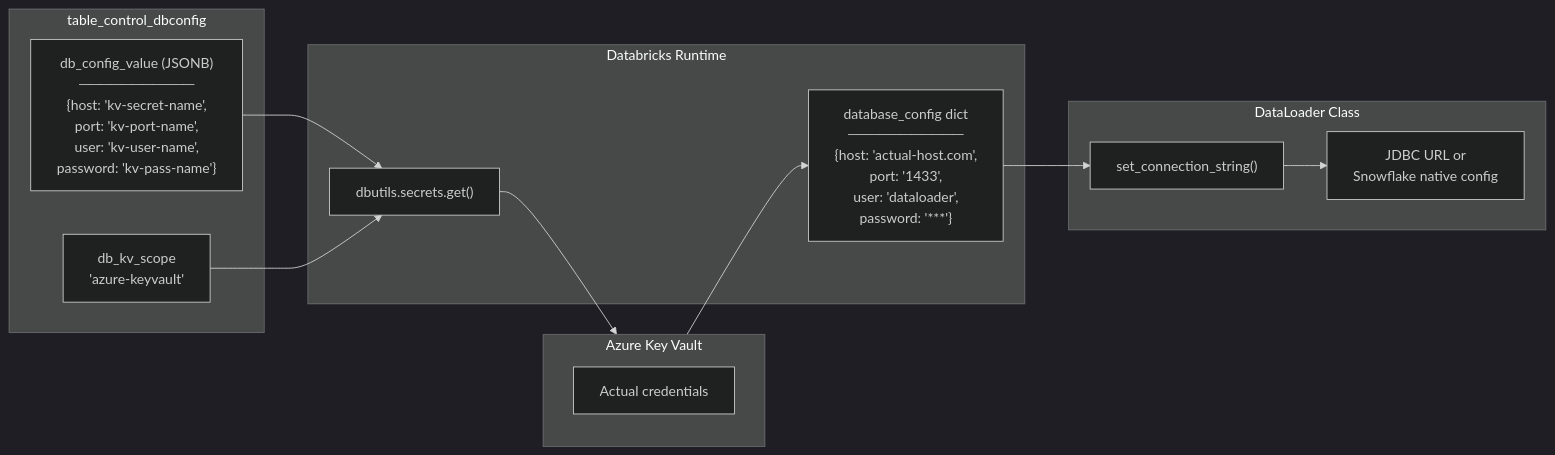
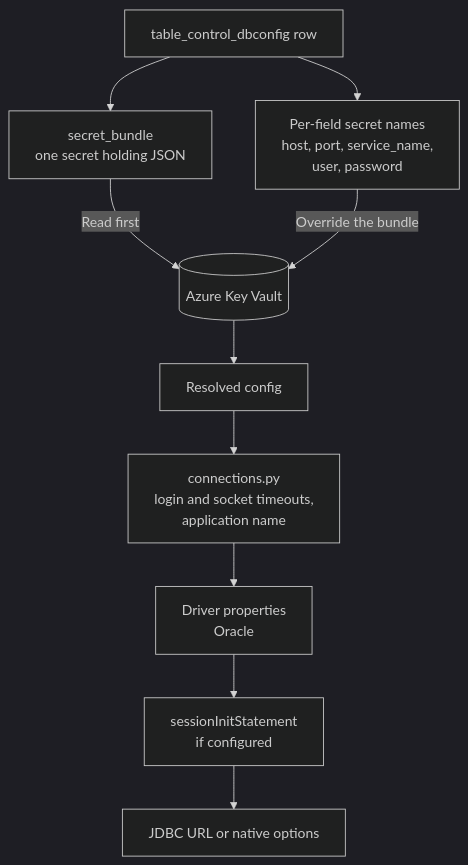
One commit to DakotaDataEng/dataloader-docs changed the seventh of 7 diagrams in diagrams/02-architecture.md. Above: the diagram before and after it, drawn with Mermaid (dark theme). The commit also changed other lines of this file and 40 other files, not shown here.

````diff
--- a/diagrams/02-architecture.md
+++ b/diagrams/02-architecture.md
@@ -350,28 +251,22 @@
 ```mermaid
-flowchart LR
-    subgraph Config["table_control_dbconfig"]
-        DBConfig["db_config_value (JSONB)<br/>───────────<br/>{host: 'kv-secret-name',<br/>port: 'kv-port-name',<br/>user: 'kv-user-name',<br/>password: 'kv-pass-name'}"]
-        Scope["db_kv_scope<br/>'azure-keyvault'"]
-    end
+flowchart TB
+    Row["table_control_dbconfig row"]
+    Bundle["secret_bundle<br/>one secret holding JSON"]
+    Fields["Per-field secret names<br/>host, port, service_name,<br/>user, password"]
+    KV[(Azure Key Vault)]
+    Merged["Resolved config"]
+    Suffix["connections.py<br/>login and socket timeouts,<br/>application name"]
+    Props["Driver properties<br/>Oracle"]
+    Init["sessionInitStatement<br/>if configured"]
+    JDBC["JDBC URL or native options"]
 
-    subgraph KeyVault["Azure Key Vault"]
-        Secrets["Actual credentials"]
-    end
-
-    subgraph Databricks["Databricks Runtime"]
-        DBUtils["dbutils.secrets.get()"]
-        Resolved["database_config dict<br/>───────────<br/>{host: 'actual-host.com',<br/>port: '1433',<br/>user: 'dataloader',<br/>password: '***'}"]
-    end
-
-    subgraph DataLoader["DataLoader Class"]
-        ConnStr["set_connection_string()"]
-        JDBC["JDBC URL or<br/>Snowflake native config"]
-    end
-
-    DBConfig --> DBUtils
-    Scope --> DBUtils
-    DBUtils --> KeyVault
-    KeyVault --> Resolved
-    Resolved --> ConnStr
-    ConnStr --> JDBC
+    Row --> Bundle
+    Row --> Fields
+    Bundle -->|Read first| KV
+    Fields -->|Override the bundle| KV
+    KV --> Merged
+    Merged --> Suffix
+    Suffix --> Props
+    Props --> Init
+    Init --> JDBC
 ```
````
